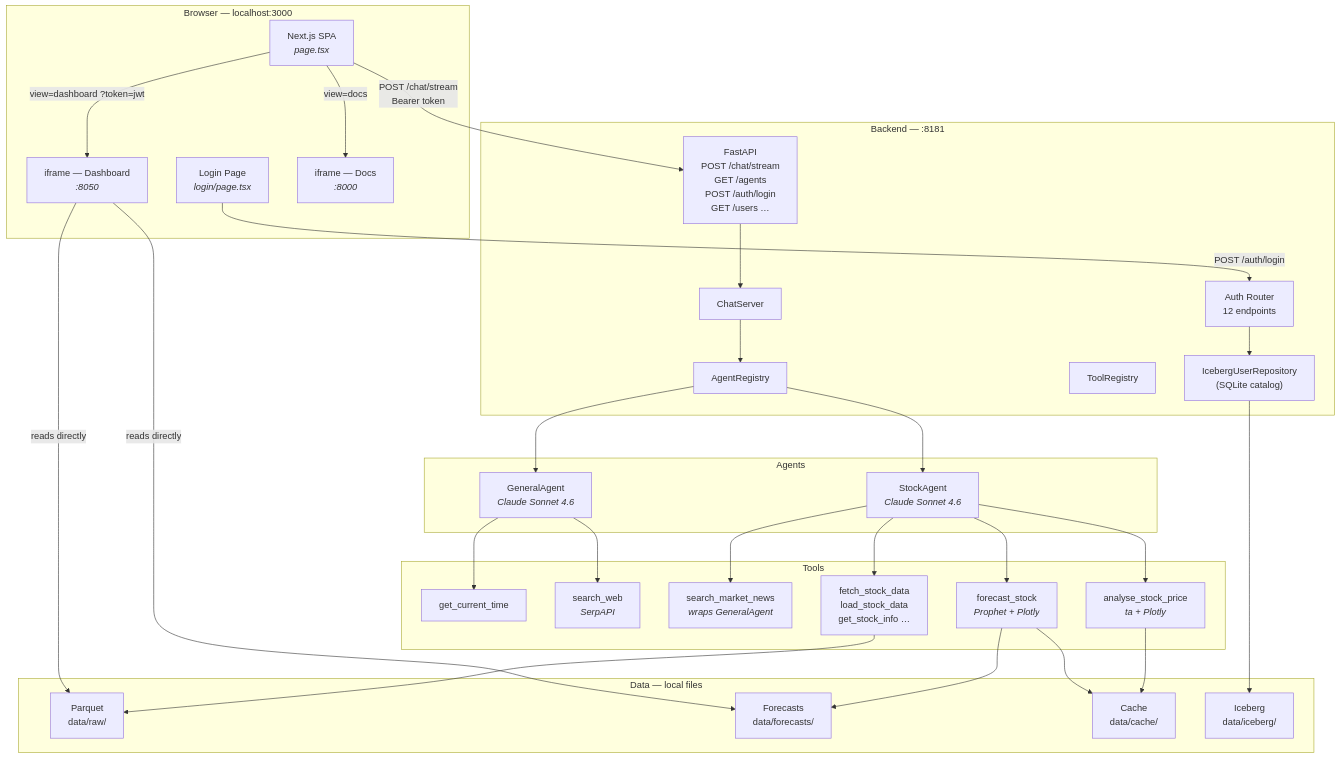
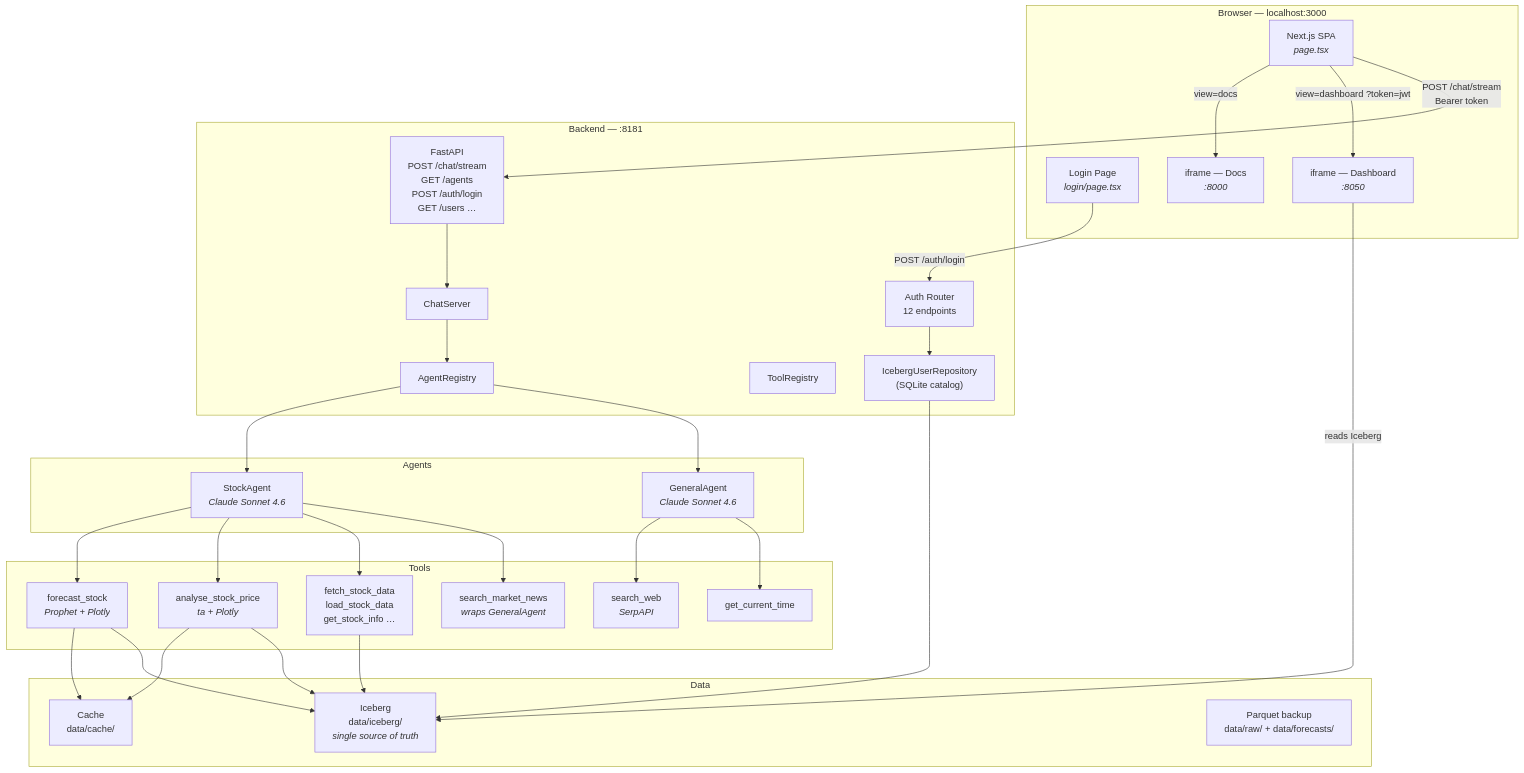
The first of 4 diagrams in README.md (aset-platform/ai-agent-ui), drawn with Mermaid before and after one commit. The commit also changed other lines of this file and 37 other files, not shown here.

````diff
--- a/README.md
+++ b/README.md
@@ -60,53 +60,52 @@
 ```mermaid
 graph TD
     subgraph Browser["Browser — localhost:3000"]
         UI["Next.js SPA<br/><i>page.tsx</i>"]
         Login["Login Page<br/><i>login/page.tsx</i>"]
         IF_DASH["iframe — Dashboard<br/><i>:8050</i>"]
         IF_DOCS["iframe — Docs<br/><i>:8000</i>"]
     end
 
     subgraph Backend["Backend — :8181"]
         API["FastAPI<br/>POST /chat/stream<br/>GET /agents<br/>POST /auth/login<br/>GET /users …"]
         CS["ChatServer"]
         AR["AgentRegistry"]
         TR["ToolRegistry"]
         AUTH["Auth Router<br/>12 endpoints"]
         ICE["IcebergUserRepository<br/>(SQLite catalog)"]
     end
 
     subgraph Agents["Agents"]
         GA["GeneralAgent<br/><i>Claude Sonnet 4.6</i>"]
         SA["StockAgent<br/><i>Claude Sonnet 4.6</i>"]
     end
 
     subgraph Tools["Tools"]
         T1["get_current_time"]
         T2["search_web<br/><i>SerpAPI</i>"]
         T3["search_market_news<br/><i>wraps GeneralAgent</i>"]
         T4["fetch_stock_data<br/>load_stock_data<br/>get_stock_info …"]
         T5["analyse_stock_price<br/><i>ta + Plotly</i>"]
         T6["forecast_stock<br/><i>Prophet + Plotly</i>"]
     end
 
-    subgraph Data["Data — local files"]
-        P["Parquet<br/>data/raw/"]
-        F["Forecasts<br/>data/forecasts/"]
+    subgraph Data["Data"]
+        IC["Iceberg<br/>data/iceberg/<br/><i>single source of truth</i>"]
         C["Cache<br/>data/cache/"]
-        IC["Iceberg<br/>data/iceberg/"]
+        P["Parquet backup<br/>data/raw/ + data/forecasts/"]
     end
 
     Login -->|"POST /auth/login"| AUTH
     AUTH --> ICE --> IC
     UI -->|"POST /chat/stream<br/>Bearer token"| API
     API --> CS --> AR
     AR --> GA & SA
     GA --> T1 & T2
     SA --> T3 & T4 & T5 & T6
-    T4 --> P
-    T5 --> C
-    T6 --> F & C
-    IF_DASH -->|"reads directly"| P & F
+    T4 --> IC
+    T5 --> IC & C
+    T6 --> IC & C
+    IF_DASH -->|"reads Iceberg"| IC
     UI -->|"view=dashboard ?token=jwt"| IF_DASH
     UI -->|"view=docs"| IF_DOCS
 ```
````
